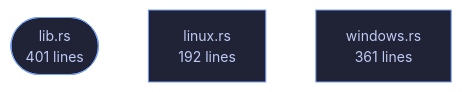
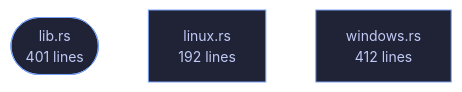
One commit to tilas01/veilvoice changed the diagram in crates/veilvoice-watch/README.md. Above: the diagram before and after it, drawn with Mermaid. The commit also changed other lines of this file and 309 other files, not shown here.

````diff
--- a/crates/veilvoice-watch/README.md
+++ b/crates/veilvoice-watch/README.md
@@ -62,7 +62,7 @@
 ```mermaid
 %%{init: {"theme":"base","themeVariables":{"background":"#1a1b26","primaryColor":"#1f2335","primaryTextColor":"#c0caf5","primaryBorderColor":"#7aa2f7","secondaryColor":"#16161e","tertiaryColor":"#16161e","lineColor":"#737aa2","textColor":"#c0caf5","mainBkg":"#1f2335","nodeBorder":"#7aa2f7","clusterBkg":"#16161e","clusterBorder":"#2f3549","fontFamily":"ui-monospace, SFMono-Regular, Consolas, monospace","fontSize":"14px"}}}%%
 flowchart TD
     n_lib(["lib.rs<br/>401 lines"])
     n_linux["linux.rs<br/>192 lines"]
-    n_windows["windows.rs<br/>361 lines"]
+    n_windows["windows.rs<br/>412 lines"]
 ```
````
